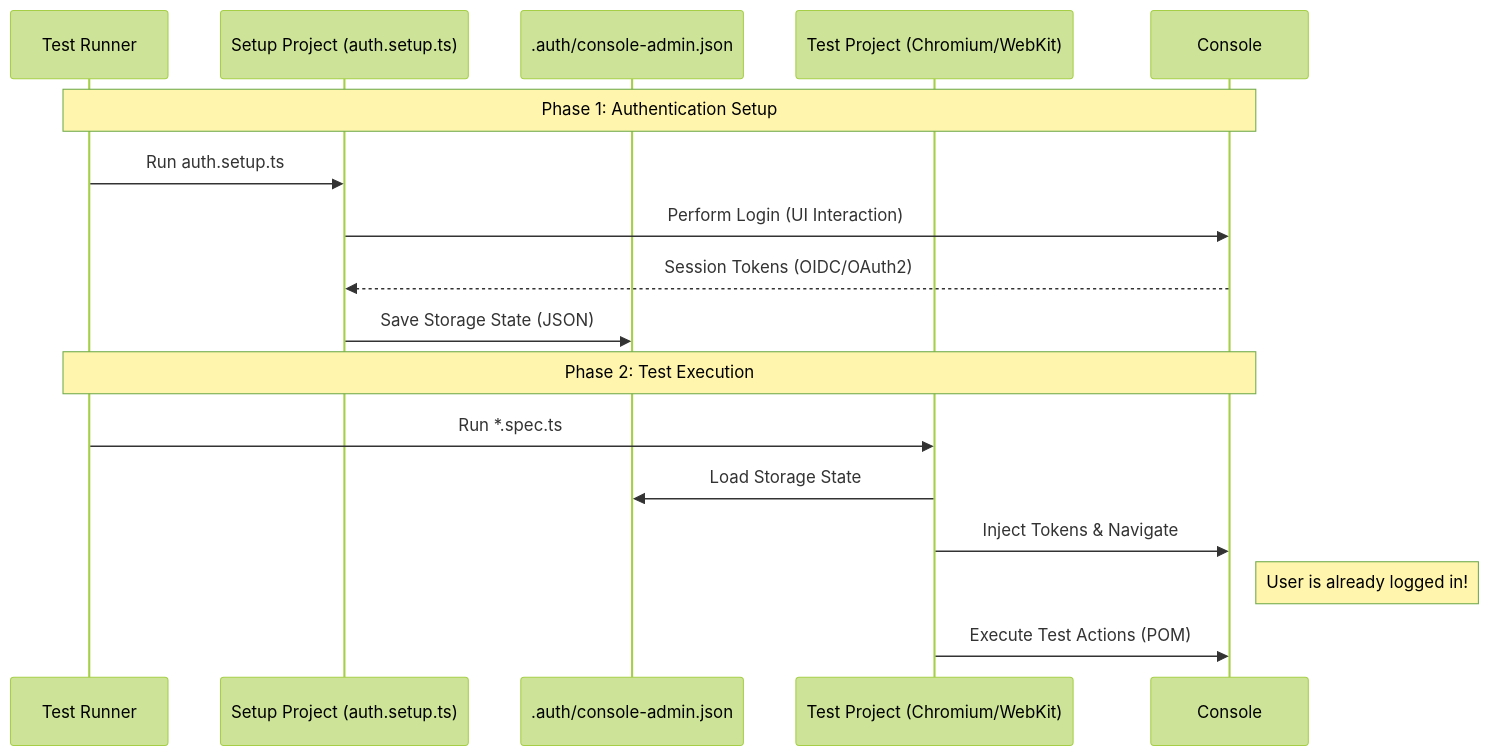
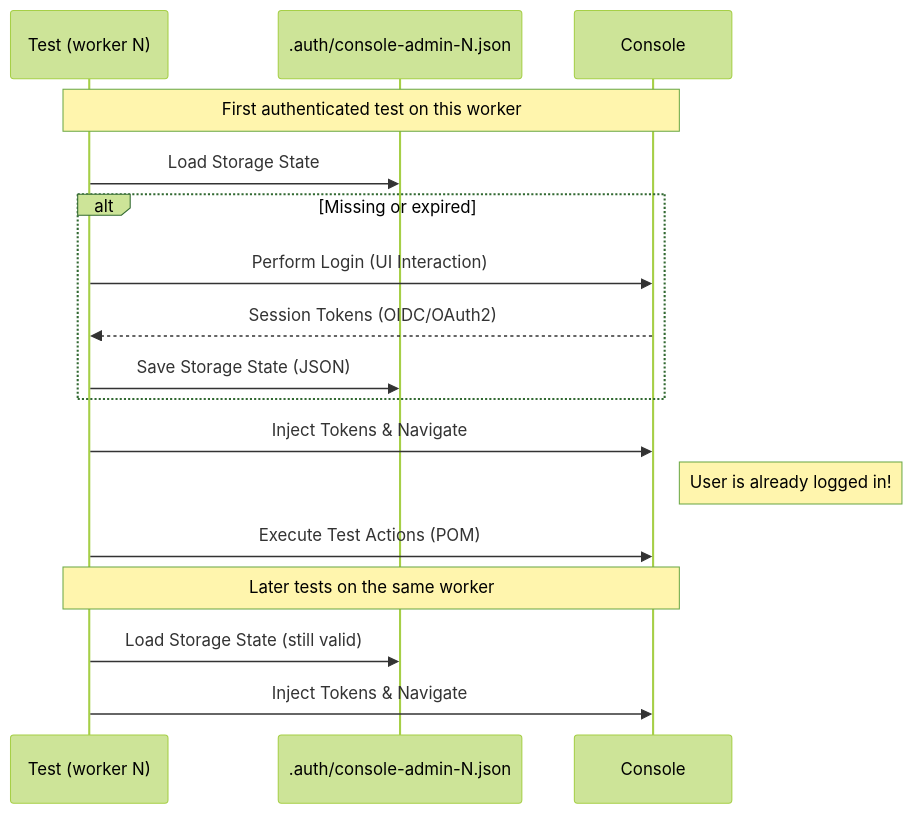
Before and after one commit to thiva-k/thunder: the diagram in tests/e2e/README.md, drawn with Mermaid (forest theme). The commit also changed other lines of this file and 64 other files, not shown here.

````diff
--- a/tests/e2e/README.md
+++ b/tests/e2e/README.md
@@ -167,21 +169,21 @@
 ```mermaid
 sequenceDiagram
-    participant Runner as Test Runner
-    participant Setup as Setup Project (auth.setup.ts)
-    participant AuthFile as .auth/console-admin.json
-    participant Test as Test Project (Chromium/WebKit)
+    participant Test as Test (worker N)
+    participant AuthFile as .auth/console-admin-N.json
     participant App as Console
 
-    Note over Runner, App: Phase 1: Authentication Setup
-    Runner->>Setup: Run auth.setup.ts
-    Setup->>App: Perform Login (UI Interaction)
-    App-->>Setup: Session Tokens (OIDC/OAuth2)
-    Setup->>AuthFile: Save Storage State (JSON)
-
-    Note over Runner, App: Phase 2: Test Execution
-    Runner->>Test: Run *.spec.ts
+    Note over Test, App: First authenticated test on this worker
     Test->>AuthFile: Load Storage State
+    alt Missing or expired
+        Test->>App: Perform Login (UI Interaction)
+        App-->>Test: Session Tokens (OIDC/OAuth2)
+        Test->>AuthFile: Save Storage State (JSON)
+    end
     Test->>App: Inject Tokens & Navigate
     Note right of App: User is already logged in!
     Test->>App: Execute Test Actions (POM)
+
+    Note over Test, App: Later tests on the same worker
+    Test->>AuthFile: Load Storage State (still valid)
+    Test->>App: Inject Tokens & Navigate
 ```
````
